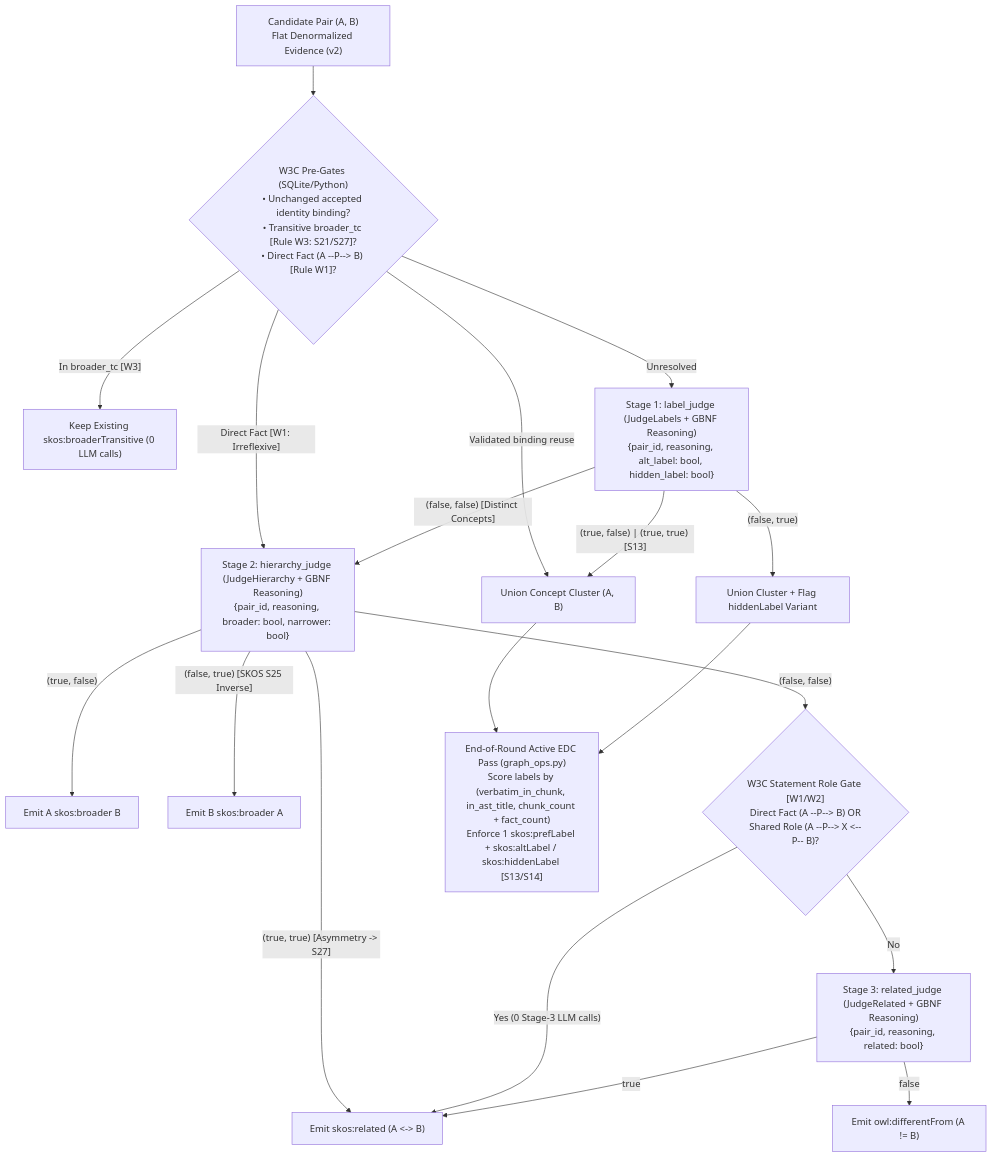
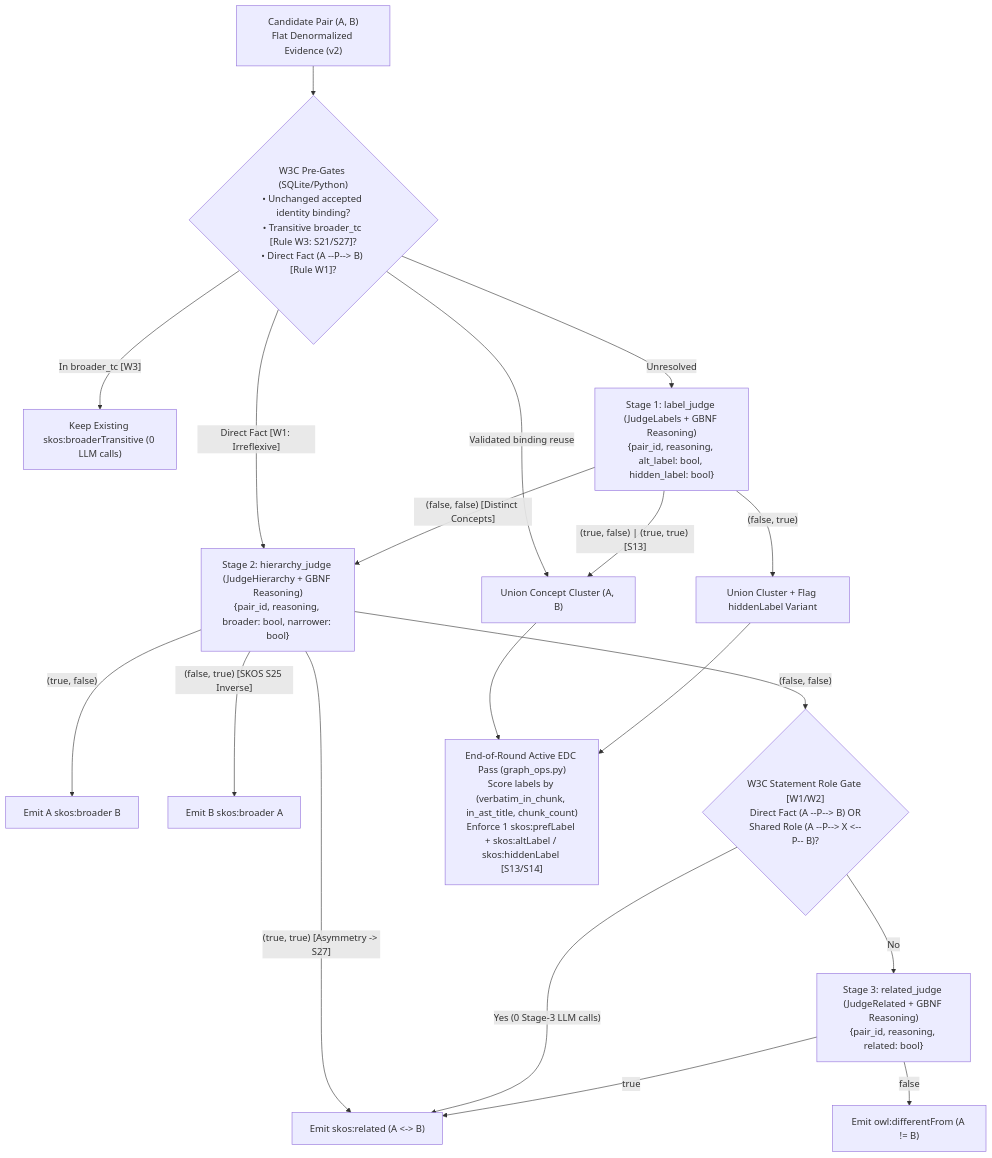
Before and after one commit to negatrait/yaw: the first of 2 diagrams in docs/w3c-improvements.md, drawn with Mermaid. The commit also changed other lines of this file and 12 other files, not shown here.

````diff
--- a/docs/w3c-improvements.md
+++ b/docs/w3c-improvements.md
@@ -23,21 +23,21 @@
 ```mermaid
 flowchart TD
     P["Candidate Pair (A, B)\nFlat Denormalized Evidence (v2)"] --> W0{"W3C Pre-Gates (SQLite/Python)\n• Unchanged accepted identity binding?\n• Transitive broader_tc [Rule W3: S21/S27]?\n• Direct Fact (A --P--> B) [Rule W1]?"}
     W0 -- "Validated binding reuse" --> MERGE["Union Concept Cluster (A, B)"]
     W0 -- "In broader_tc [W3]" --> E_TC["Keep Existing skos:broaderTransitive (0 LLM calls)"]
     W0 -- "Direct Fact [W1: Irreflexive]" --> S2
     W0 -- "Unresolved" --> S1["Stage 1: label_judge (JudgeLabels + GBNF Reasoning)\n{pair_id, reasoning, alt_label: bool, hidden_label: bool}"]
     S1 -- "(true, false) | (true, true) [S13]" --> MERGE
     S1 -- "(false, true)" --> MERGE_H["Union Cluster + Flag hiddenLabel Variant"]
     S1 -- "(false, false) [Distinct Concepts]" --> S2["Stage 2: hierarchy_judge (JudgeHierarchy + GBNF Reasoning)\n{pair_id, reasoning, broader: bool, narrower: bool}"]
     S2 -- "(true, false)" --> E_AB["Emit A skos:broader B"]
     S2 -- "(false, true) [SKOS S25 Inverse]" --> E_BA["Emit B skos:broader A"]
     S2 -- "(true, true) [Asymmetry -> S27]" --> E_REL["Emit skos:related (A <-> B)"]
     S2 -- "(false, false)" --> W2{"W3C Statement Role Gate [W1/W2]\nDirect Fact (A --P--> B) OR\nShared Role (A --P--> X <--P-- B)?"}
     W2 -- "Yes (0 Stage-3 LLM calls)" --> E_REL
     W2 -- "No" --> S3["Stage 3: related_judge (JudgeRelated + GBNF Reasoning)\n{pair_id, reasoning, related: bool}"]
     S3 -- "true" --> E_REL
     S3 -- "false" --> E_DIFF["Emit owl:differentFrom (A != B)"]
-    MERGE --> EDC["End-of-Round Active EDC Pass (graph_ops.py)\nScore labels by (verbatim_in_chunk, in_ast_title, chunk_count + fact_count)\nEnforce 1 skos:prefLabel + skos:altLabel / skos:hiddenLabel [S13/S14]"]
+    MERGE --> EDC["End-of-Round Active EDC Pass (graph_ops.py)\nScore labels by (verbatim_in_chunk, in_ast_title, chunk_count)\nEnforce 1 skos:prefLabel + skos:altLabel / skos:hiddenLabel [S13/S14]"]
     MERGE_H --> EDC
 ```
````
